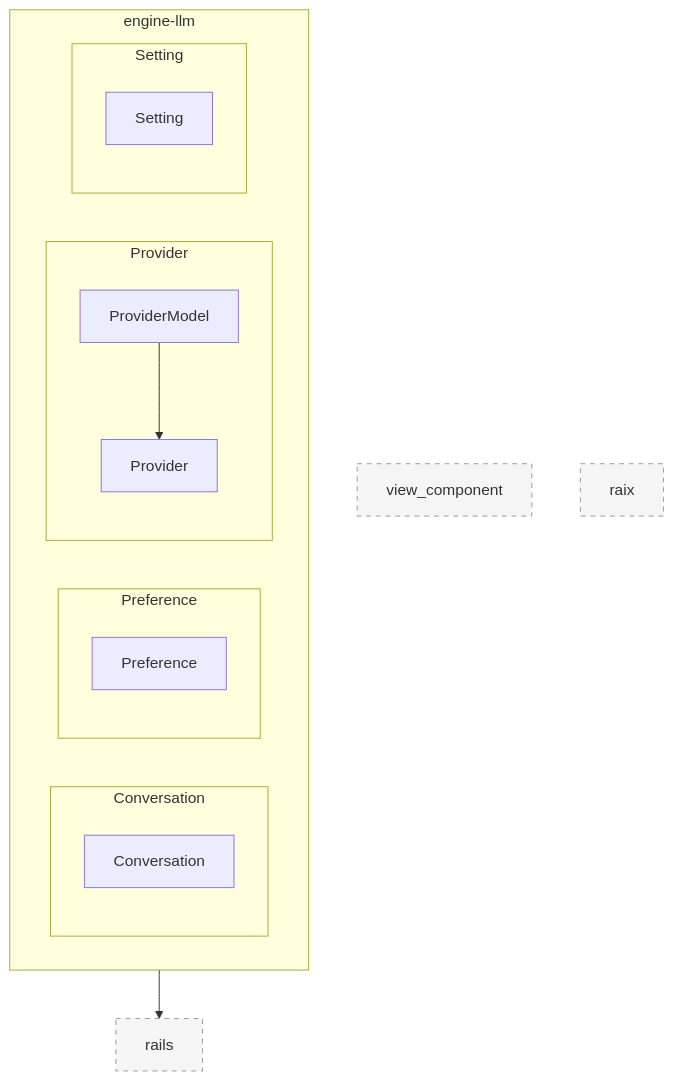
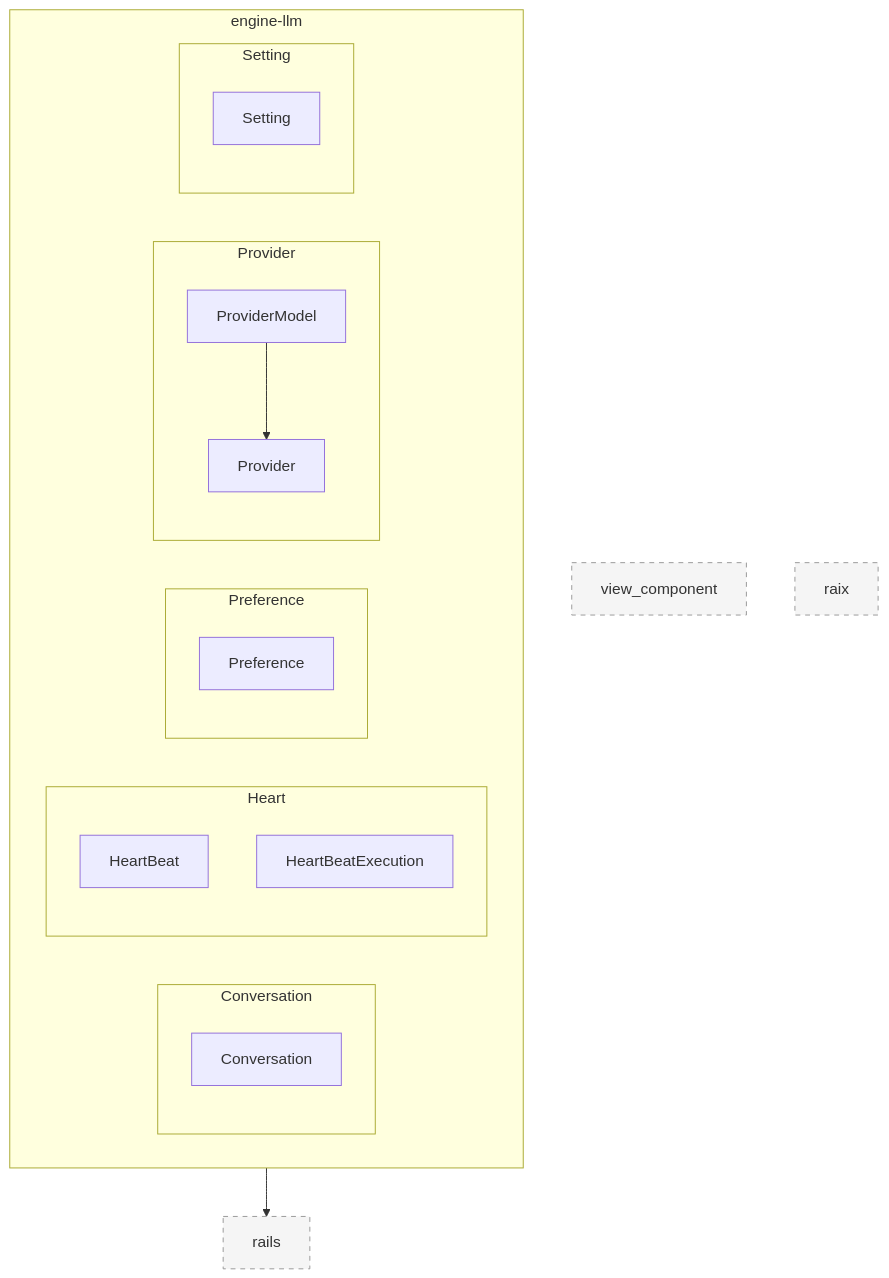
The diagram in doc/reflection/architecture.mmd (laquereric/engine-llm), drawn with Mermaid before and after one commit. The commit also changed 7 other files, not shown here.

```diff
--- a/doc/reflection/architecture.mmd
+++ b/doc/reflection/architecture.mmd
@@ -1,31 +1,35 @@
 graph TD
 
   subgraph EngineLlm["engine-llm"]
     subgraph grp_Conversation["Conversation"]
       Conversation["Conversation"]
+    end
+    subgraph grp_Heart["Heart"]
+      HeartBeat["HeartBeat"]
+      HeartBeatExecution["HeartBeatExecution"]
     end
     subgraph grp_Preference["Preference"]
       Preference["Preference"]
     end
     subgraph grp_Provider["Provider"]
       Provider["Provider"]
       ProviderModel["ProviderModel"]
     end
     subgraph grp_Setting["Setting"]
       Setting["Setting"]
     end
   end
 
   rails["rails"]:::dep
 
   view_component["view_component"]:::dep
 
   raix["raix"]:::dep
   EngineLlm --> rails
   ProviderModel --> Provider
 
   classDef dep fill:#f5f5f5,stroke:#999,stroke-dasharray:5,5
   classDef atom fill:#dbeafe,stroke:#2563eb,color:#1e40af
   classDef molecule fill:#dcfce7,stroke:#16a34a,color:#15803d
   classDef organism fill:#fef3c7,stroke:#d97706,color:#b45309
   classDef template fill:#f3e8ff,stroke:#9333ea,color:#7e22ce
```
